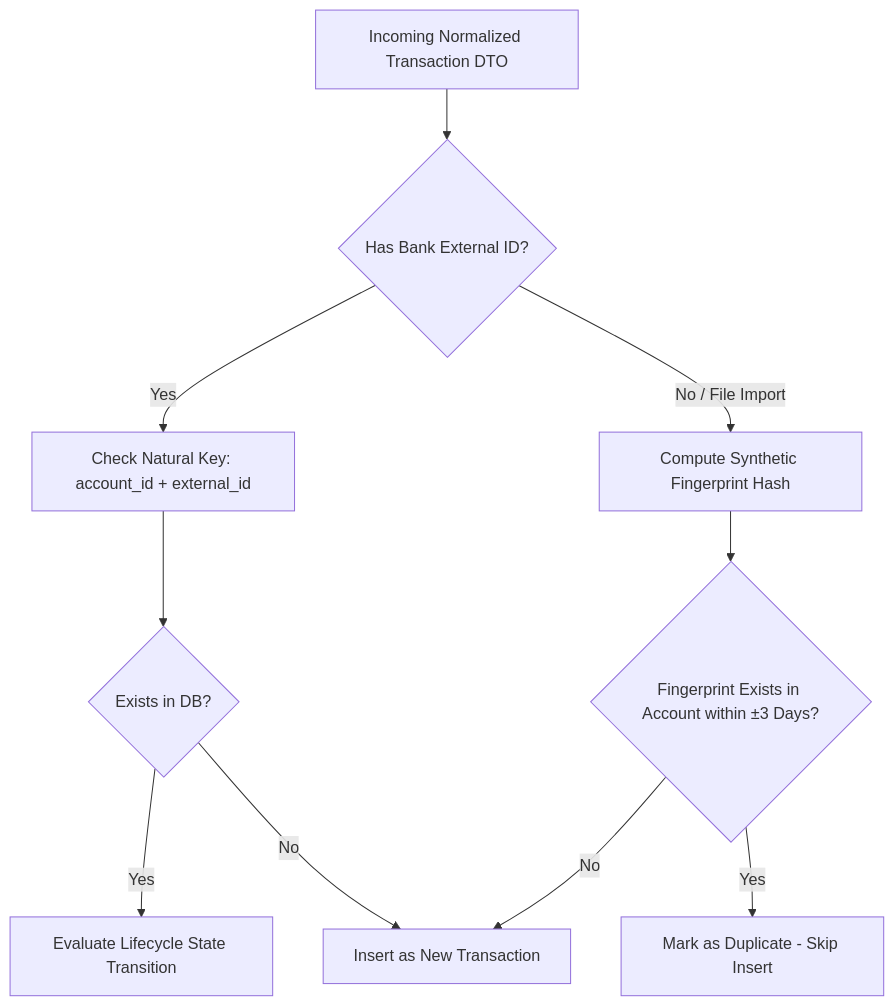
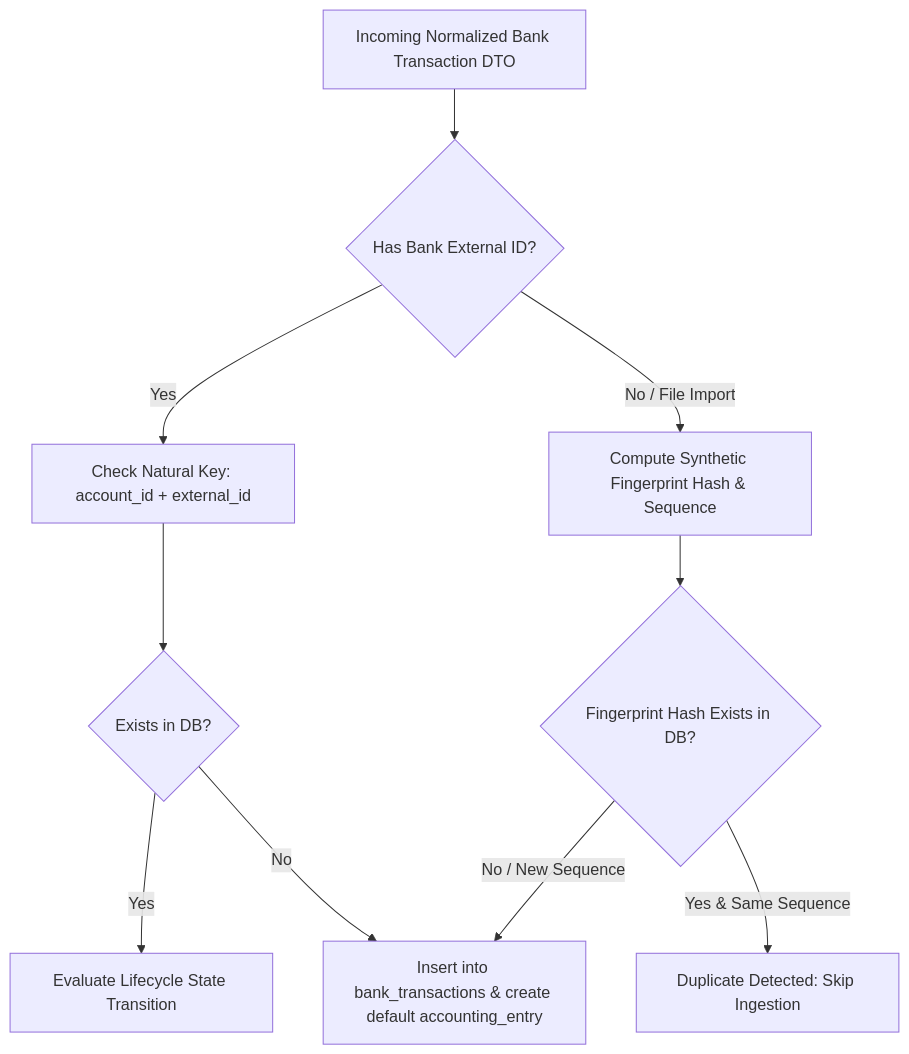
One commit to khaliullov/family-finance changed the first of 2 diagrams in docs/transfer_matcher.md. Above: the diagram before and after it, drawn with Mermaid. The commit also changed other lines of this file and 5 other files, not shown here.

````diff
--- a/docs/transfer_matcher.md
+++ b/docs/transfer_matcher.md
@@ -15,14 +15,14 @@
 ```mermaid
 flowchart TD
-    In[Incoming Normalized Transaction DTO] --> C1{Has Bank External ID?}
+    In[Incoming Normalized Bank Transaction DTO] --> C1{Has Bank External ID?}
     
     C1 -->|Yes| D1[Check Natural Key: account_id + external_id]
     D1 --> R1{Exists in DB?}
     R1 -->|Yes| L1[Evaluate Lifecycle State Transition]
-    R1 -->|No| I1[Insert as New Transaction]
+    R1 -->|No| I1[Insert into bank_transactions & create default accounting_entry]
     
-    C1 -->|No / File Import| D2[Compute Synthetic Fingerprint Hash]
-    D2 --> R2{Fingerprint Exists in Account within ±3 Days?}
-    R2 -->|Yes| S1[Mark as Duplicate - Skip Insert]
-    R2 -->|No| I1
+    C1 -->|No / File Import| D2[Compute Synthetic Fingerprint Hash & Sequence]
+    D2 --> R2{Fingerprint Hash Exists in DB?}
+    R2 -->|Yes & Same Sequence| S1[Duplicate Detected: Skip Ingestion]
+    R2 -->|No / New Sequence| I1
 ```
````
